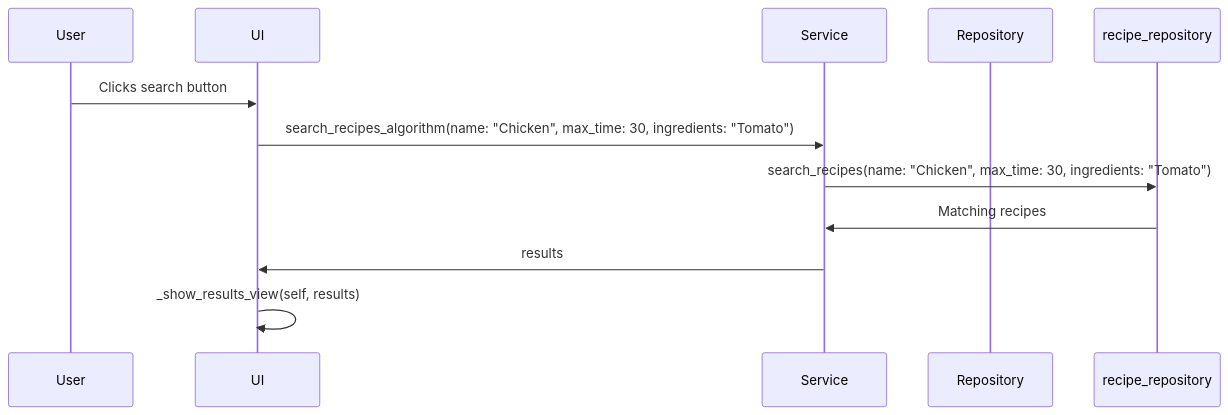
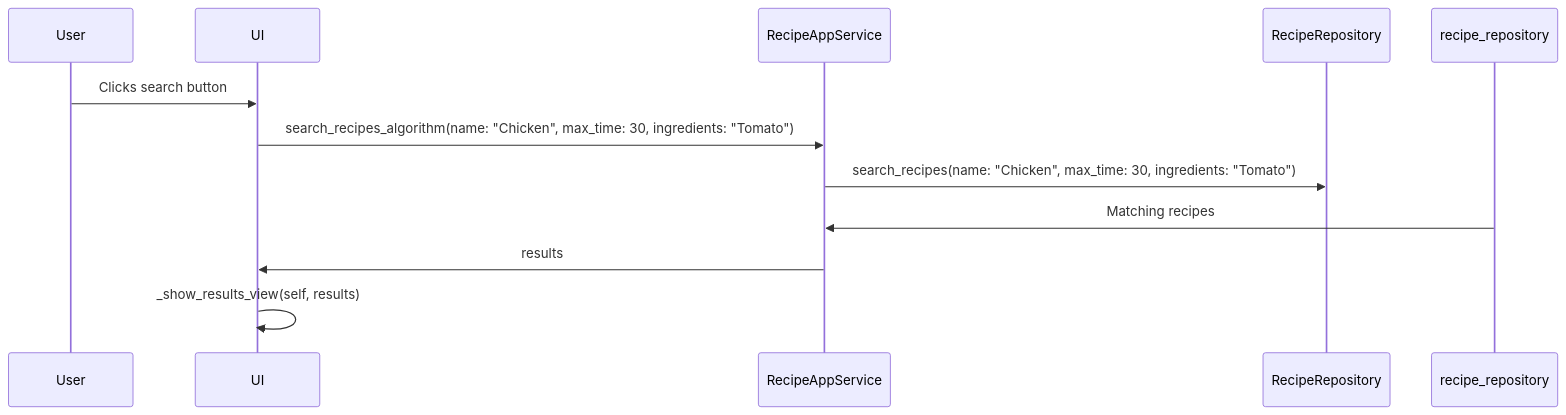
The third of 3 diagrams in recipe-app/documentation/architecture.md (Germuu/ot-harjoitusty-), drawn with Mermaid before and after one commit.

````diff
--- a/recipe-app/documentation/architecture.md
+++ b/recipe-app/documentation/architecture.md
@@ -101,13 +101,13 @@
 ```mermaid
 sequenceDiagram
-  participant User as User
+  participant User 
   participant UI as UI
-  participant RecipeAppService as Service
-  participant RecipeRepository as Repository
+  participant RecipeAppService 
+  participant RecipeRepository 
   User ->> UI: Clicks search button
   UI ->> RecipeAppService: search_recipes_algorithm(name: "Chicken", max_time: 30, ingredients: "Tomato")
-  RecipeAppService ->> recipe_repository: search_recipes(name: "Chicken", max_time: 30, ingredients: "Tomato")
+  RecipeAppService ->> RecipeRepository: search_recipes(name: "Chicken", max_time: 30, ingredients: "Tomato")
   recipe_repository ->> RecipeAppService: Matching recipes
   RecipeAppService ->> UI: results
   UI ->> UI: _show_results_view(self, results)
 ```
````
